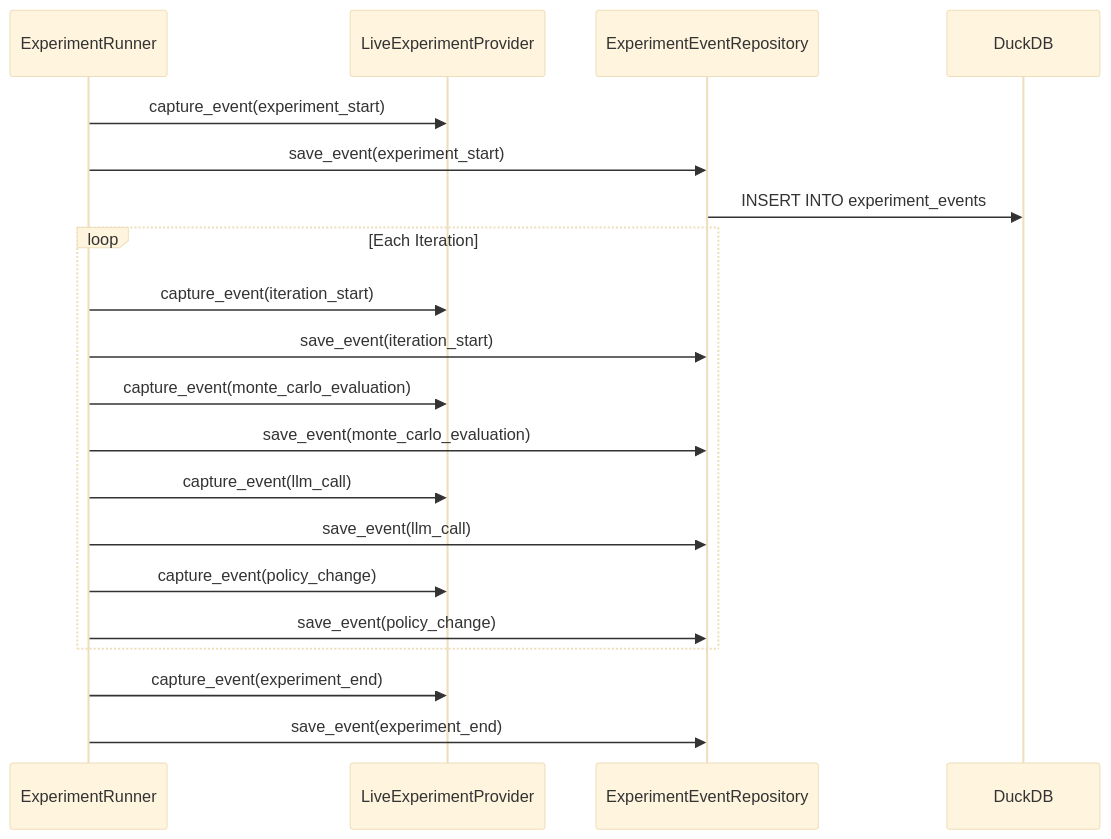
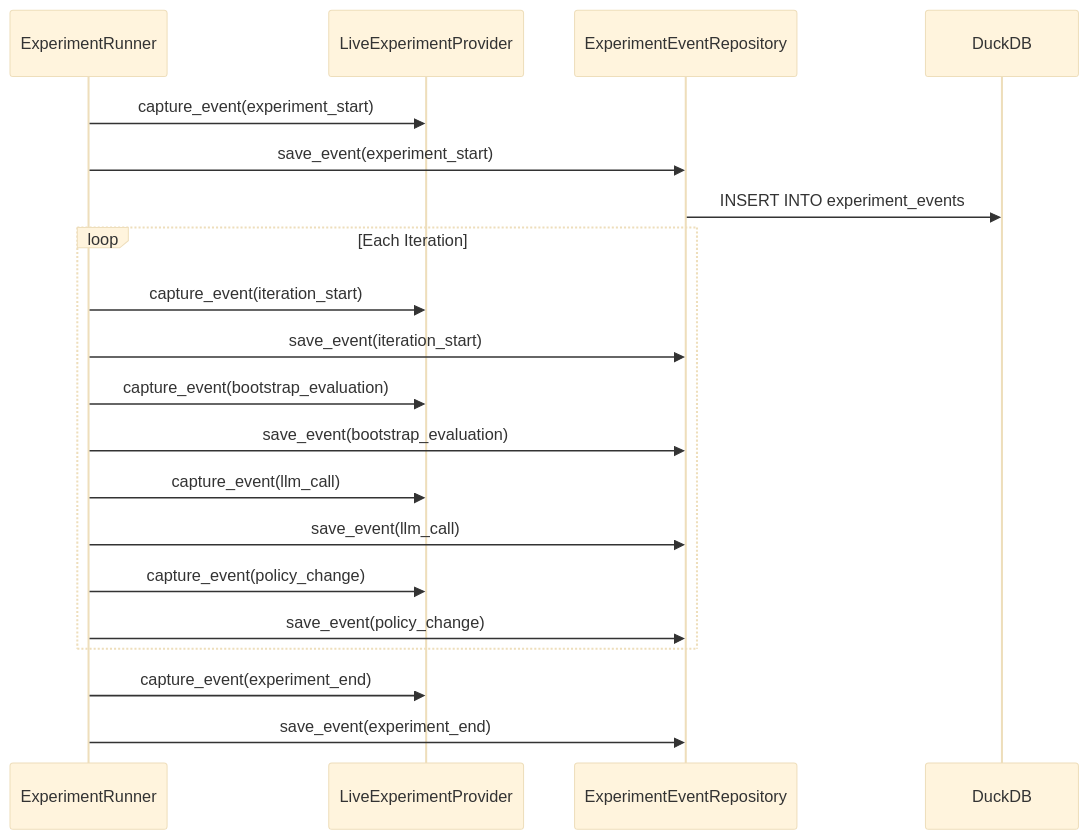
One commit to aerugo/SimCash changed the fourth of 5 diagrams in docs/reference/castro/events.md. Above: the diagram before and after it, drawn with Mermaid (base theme). The commit also changed other lines of this file and 3 other files, not shown here.

````diff
--- a/docs/reference/castro/events.md
+++ b/docs/reference/castro/events.md
@@ -519,28 +519,28 @@
 ```mermaid
 sequenceDiagram
     participant Runner as ExperimentRunner
     participant Live as LiveExperimentProvider
     participant Repo as ExperimentEventRepository
     participant DB as DuckDB
 
     Runner->>Live: capture_event(experiment_start)
     Runner->>Repo: save_event(experiment_start)
     Repo->>DB: INSERT INTO experiment_events
 
     loop Each Iteration
         Runner->>Live: capture_event(iteration_start)
         Runner->>Repo: save_event(iteration_start)
 
-        Runner->>Live: capture_event(monte_carlo_evaluation)
-        Runner->>Repo: save_event(monte_carlo_evaluation)
+        Runner->>Live: capture_event(bootstrap_evaluation)
+        Runner->>Repo: save_event(bootstrap_evaluation)
 
         Runner->>Live: capture_event(llm_call)
         Runner->>Repo: save_event(llm_call)
 
         Runner->>Live: capture_event(policy_change)
         Runner->>Repo: save_event(policy_change)
     end
 
     Runner->>Live: capture_event(experiment_end)
     Runner->>Repo: save_event(experiment_end)
 ```
````
